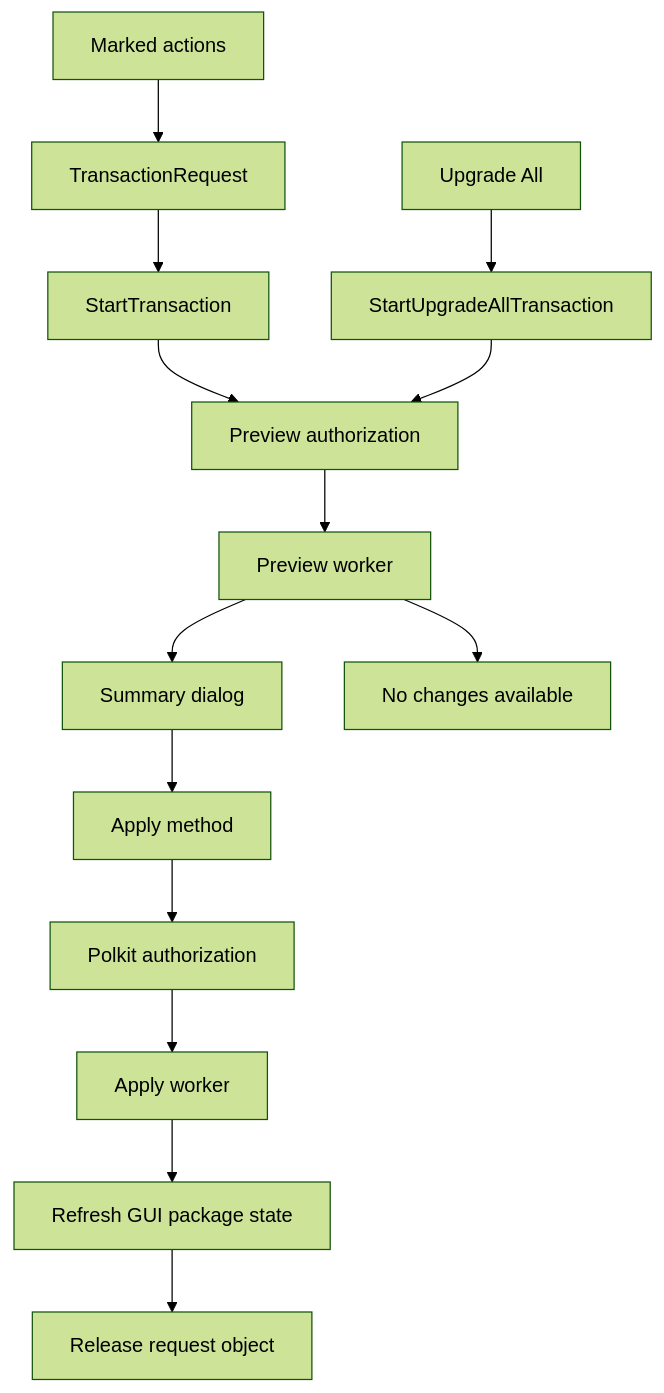
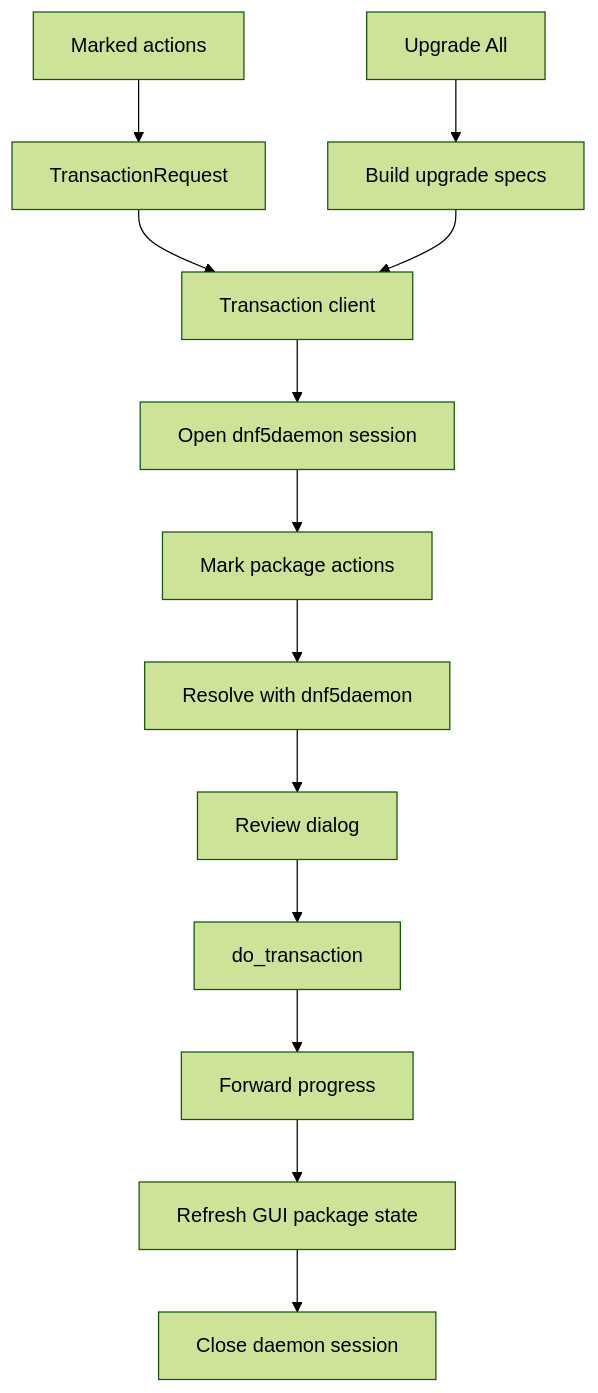
One commit to dnfui/dnf-ui changed the diagram in docs/transactions.md. Above: the diagram before and after it, drawn with Mermaid (forest theme). The commit also changed other lines of this file and 23 other files, not shown here.

First line of the commit message:
Remove dnf5daemon prototype leftovers

````diff
--- a/docs/transactions.md
+++ b/docs/transactions.md
@@ -94,16 +66,15 @@
 ```mermaid
 flowchart TD
-    Mark[Marked actions] --> Request[TransactionRequest]
-    UpgradeAll[Upgrade All] --> StartAll[StartUpgradeAllTransaction]
-    Request --> Start[StartTransaction]
-    Start --> PreviewAuth[Preview authorization]
-    StartAll --> PreviewAuth
-    PreviewAuth --> Preview[Preview worker]
-    Preview --> Dialog[Summary dialog]
-    Preview --> NoChanges[No changes available]
-    Dialog --> Apply[Apply method]
-    Apply --> Auth[Polkit authorization]
-    Auth --> Run[Apply worker]
-    Run --> Refresh[Refresh GUI package state]
-    Refresh --> Release[Release request object]
+    Marked[Marked actions] --> Request[TransactionRequest]
+    UpgradeAll[Upgrade All] --> UpgradeSpecs[Build upgrade specs]
+    Request --> Client[Transaction client]
+    UpgradeSpecs --> Client
+    Client --> Open[Open dnf5daemon session]
+    Open --> Mark[Mark package actions]
+    Mark --> Resolve[Resolve with dnf5daemon]
+    Resolve --> Dialog[Review dialog]
+    Dialog --> Apply[do_transaction]
+    Apply --> Progress[Forward progress]
+    Progress --> Refresh[Refresh GUI package state]
+    Refresh --> Close[Close daemon session]
 ```
````
